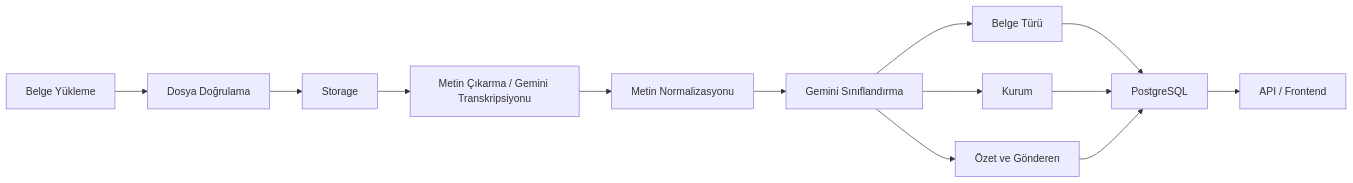
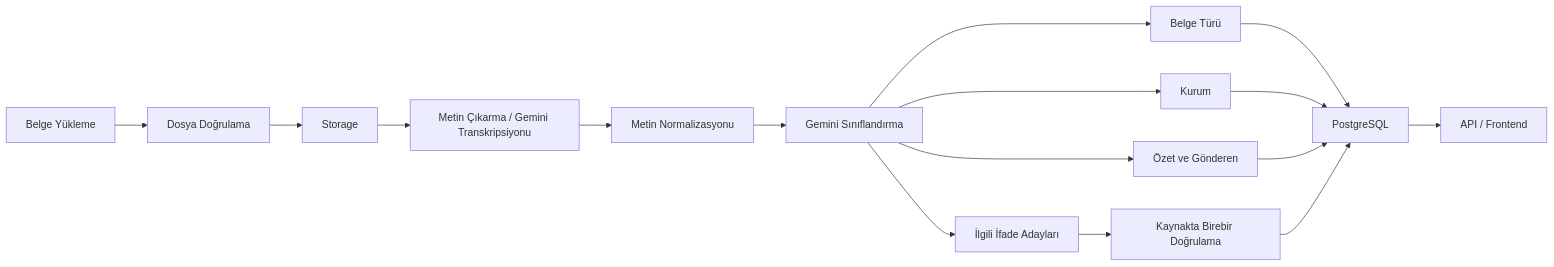
The first of 2 diagrams in README.md (KeremGerede/dosya_sistemi), drawn with Mermaid before and after one commit. The commit also changed other lines of this file and 14 other files, not shown here.

````diff
--- a/README.md
+++ b/README.md
@@ -200,15 +212,18 @@
 ```mermaid
 flowchart LR
     A[Belge Yükleme] --> B[Dosya Doğrulama]
     B --> C[Storage]
     C --> D[Metin Çıkarma / Gemini Transkripsiyonu]
     D --> E[Metin Normalizasyonu]
     E --> F[Gemini Sınıflandırma]
     F --> G[Belge Türü]
     F --> H[Kurum]
     F --> I[Özet ve Gönderen]
+    F --> L[İlgili İfade Adayları]
+    L --> M[Kaynakta Birebir Doğrulama]
     G --> J[PostgreSQL]
     H --> J
     I --> J
+    M --> J
     J --> K[API / Frontend]
 ```
````
